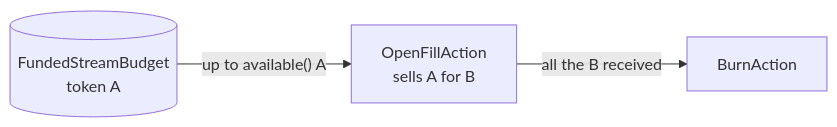
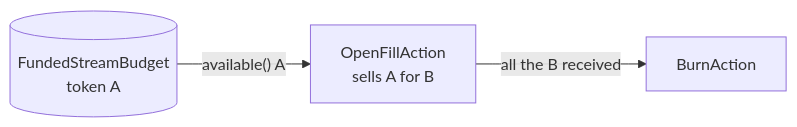
One commit to antfarm-official/tree-capital changed the fifth of 10 diagrams in README.md. Above: the diagram before and after it, drawn with Mermaid. The commit also changed other lines of this file and 1 other file, not shown here.

Commit message:
Document the Merkle claim budget and the take-all rule

````diff
--- a/README.md
+++ b/README.md
@@ -289,9 +292,9 @@
 ```mermaid
 flowchart LR
     budget[("FundedStreamBudget<br/>token A")]
     fill["OpenFillAction<br/>sells A for B"]
     burn["BurnAction"]
 
-    budget -- "up to available() A" --> fill
+    budget -- "available() A" --> fill
     fill -- "all the B received" --> burn
 ```
````
